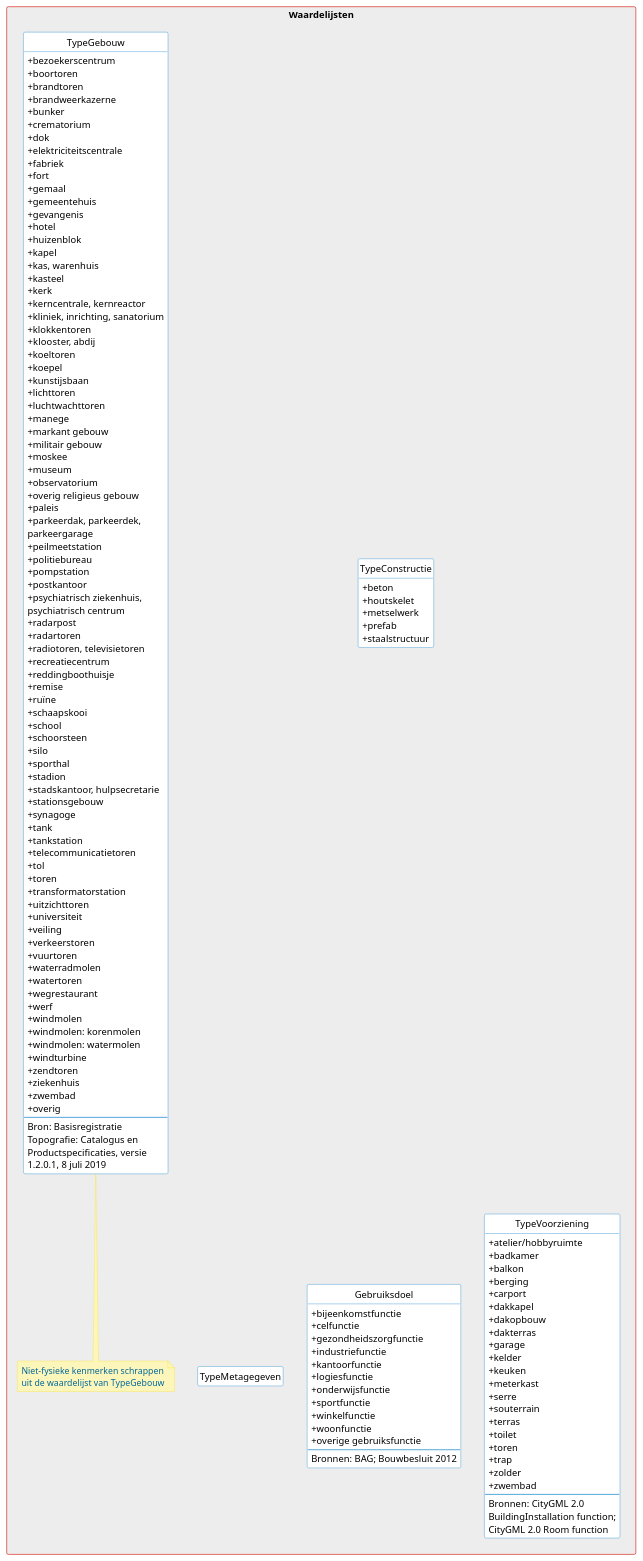
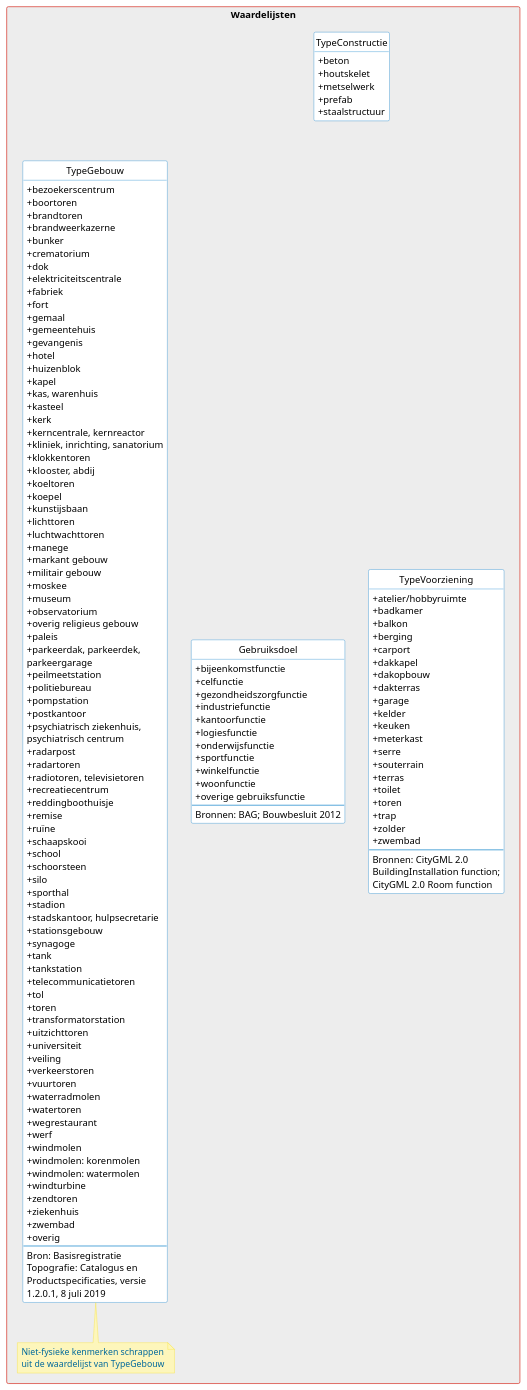
One commit to geobasisregistraties/werkgroep-bouwwerken changed the diagram in model/waardelijsten.puml. Above: the diagram before and after it, drawn with PlantUML.

```diff
--- a/model/waardelijsten.puml
+++ b/model/waardelijsten.puml
@@ -80,8 +80,9 @@
 
 together {
     class TypeVoorziening
-    class TypeMetagegeven
+'    class TypeMetagegeven
     class Gebruiksdoel
+    class TypeGebouw
 }
 
     class TypeVoorziening << Referentielijst >> {
```
